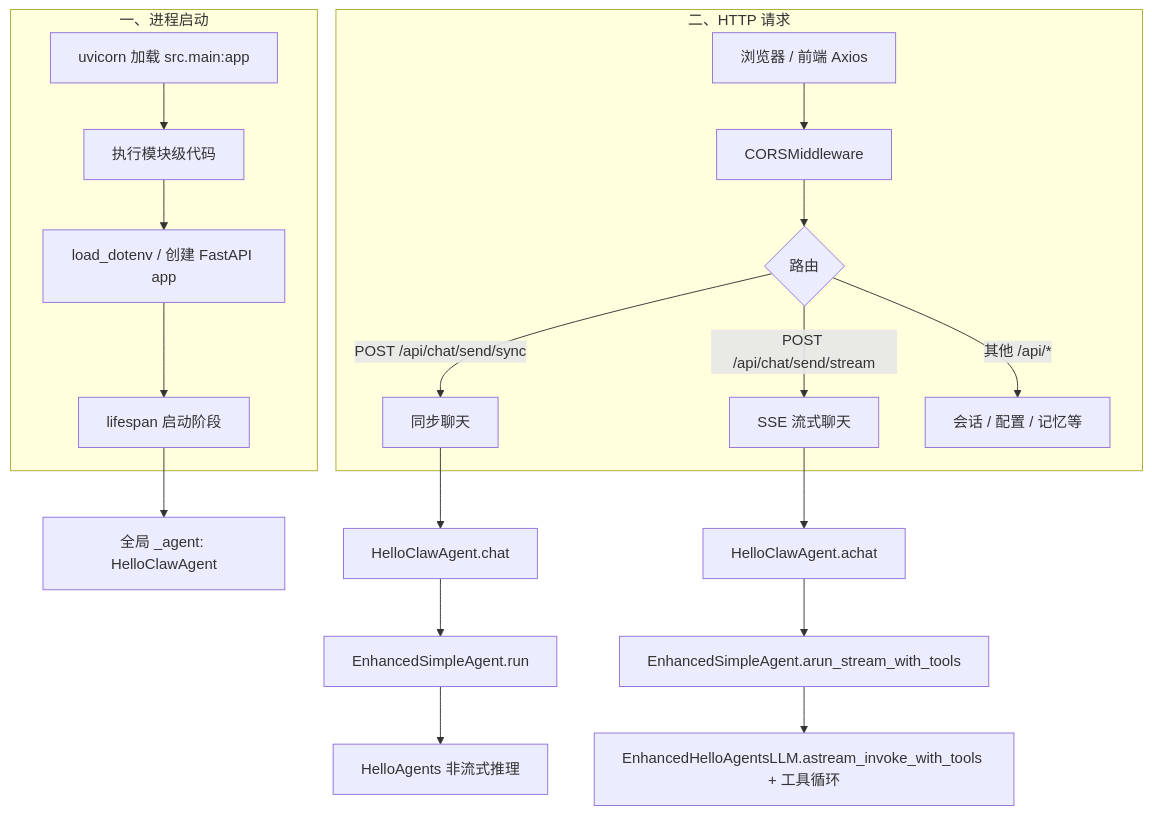
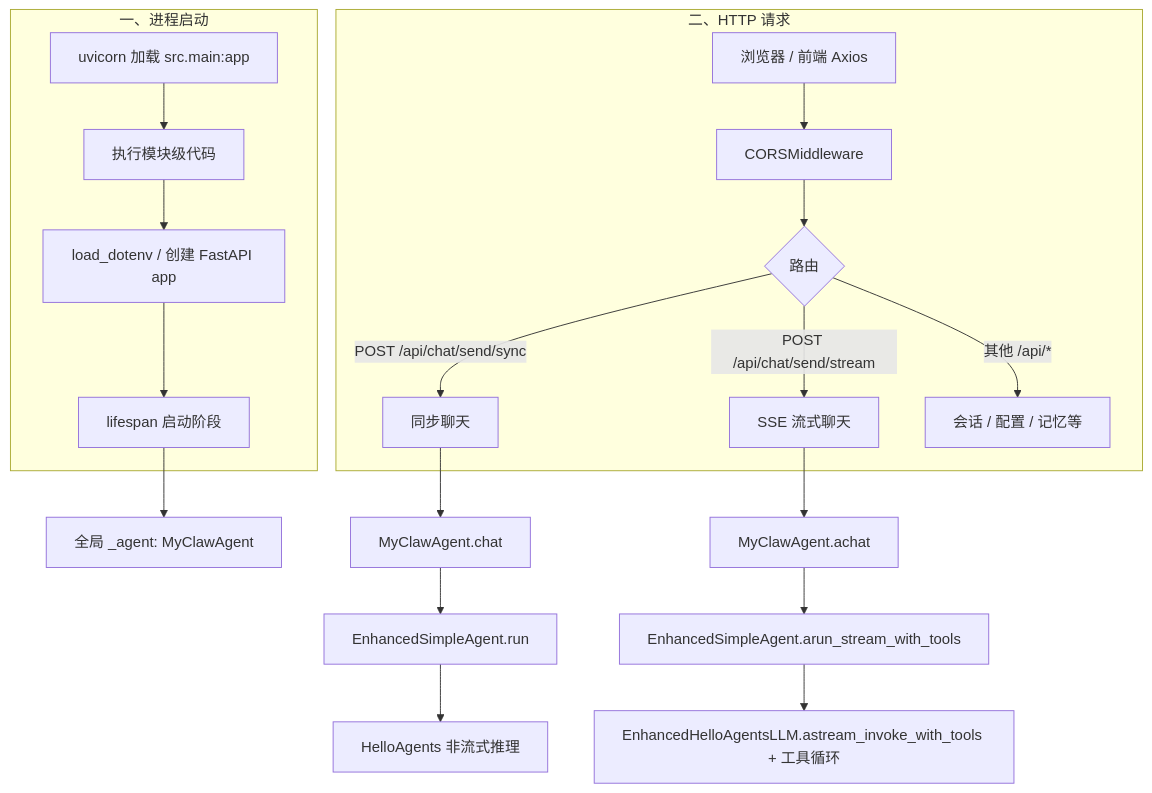
Before and after one commit to promisestar/MyClaw: the first of 8 diagrams in docs/HelloClaw-Backend-请求执行流程.md, drawn with Mermaid. The commit also changed other lines of this file and 19 other files, not shown here.

````diff
--- a/docs/HelloClaw-Backend-请求执行流程.md
+++ b/docs/HelloClaw-Backend-请求执行流程.md
@@ -9,24 +9,24 @@
 ```mermaid
 flowchart TB
     subgraph boot["一、进程启动"]
         A1[uvicorn 加载 src.main:app] --> A2[执行模块级代码]
         A2 --> A3[load_dotenv / 创建 FastAPI app]
         A3 --> A4[lifespan 启动阶段]
     end
 
     subgraph req["二、HTTP 请求"]
         B1[浏览器 / 前端 Axios] --> B2[CORSMiddleware]
         B2 --> B3{路由}
         B3 -->|POST /api/chat/send/sync| C1[同步聊天]
         B3 -->|POST /api/chat/send/stream| C2[SSE 流式聊天]
         B3 -->|其他 /api/*| C3[会话 / 配置 / 记忆等]
     end
 
-    A4 --> D[全局 _agent: HelloClawAgent]
-    C1 --> E[HelloClawAgent.chat]
-    C2 --> F[HelloClawAgent.achat]
+    A4 --> D[全局 _agent: MyClawAgent]
+    C1 --> E[MyClawAgent.chat]
+    C2 --> F[MyClawAgent.achat]
     E --> G[EnhancedSimpleAgent.run]
     F --> H[EnhancedSimpleAgent.arun_stream_with_tools]
     G --> I[HelloAgents 非流式推理]
     H --> J[EnhancedHelloAgentsLLM.astream_invoke_with_tools + 工具循环]
 ```
````
